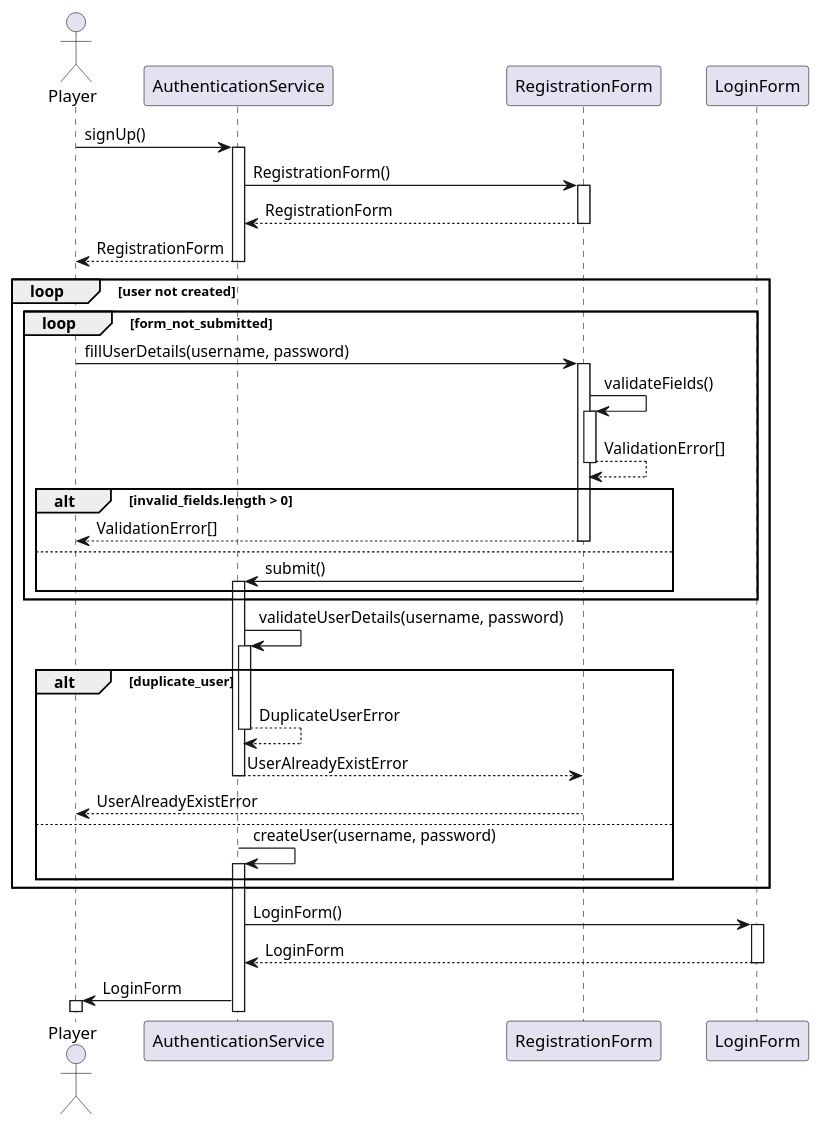
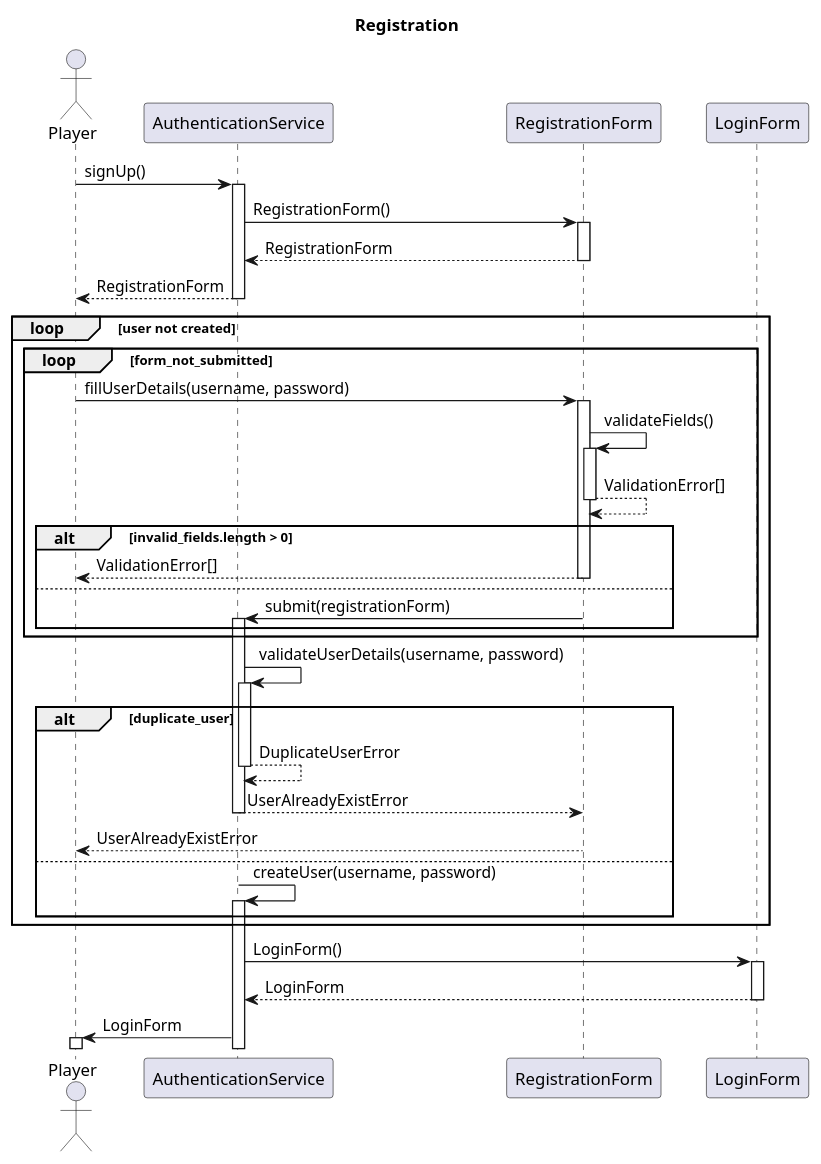
The diagram in docs/preliminary_design_diagrams/sequence_diagrams/signup.puml (ECE493-W22-G04/rl-chess), drawn with PlantUML before and after one commit.

Commit message:
Add title to sign up sequence diagram

```diff
--- a/docs/preliminary_design_diagrams/sequence_diagrams/signup.puml
+++ b/docs/preliminary_design_diagrams/sequence_diagrams/signup.puml
@@ -1,39 +1,42 @@
 @startuml
+
+title Registration
 
 autoactivate on
 
 actor Player
 
 Player -> AuthenticationService : signUp()
 AuthenticationService -> RegistrationForm : RegistrationForm()
 return RegistrationForm
 return RegistrationForm
 
 loop user not created
     loop form_not_submitted
         Player -> RegistrationForm: fillUserDetails(username, password)
         RegistrationForm -> RegistrationForm : validateFields()
         return ValidationError[]
 
         alt invalid_fields.length > 0
             return ValidationError[]
         else
-            RegistrationForm -> AuthenticationService : submit()
+            RegistrationForm -> AuthenticationService : submit(registrationForm)
         end
     end
 
     AuthenticationService -> AuthenticationService : validateUserDetails(username, password)
+
     alt duplicate_user
         return DuplicateUserError
         return UserAlreadyExistError
         RegistrationForm --> Player : UserAlreadyExistError
     else
         AuthenticationService -> AuthenticationService : createUser(username, password)
     end
 end
 
 AuthenticationService -> LoginForm : LoginForm()
 return LoginForm
 AuthenticationService -> Player : LoginForm
 
 @enduml
```
